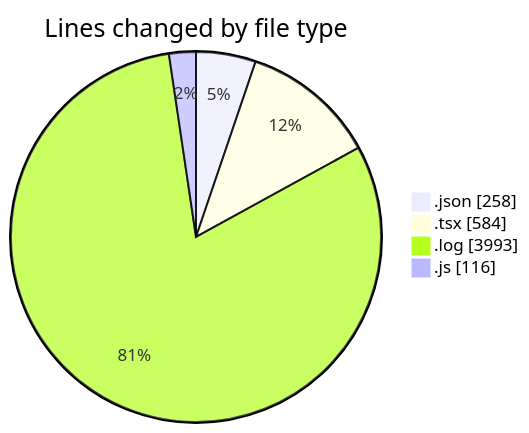
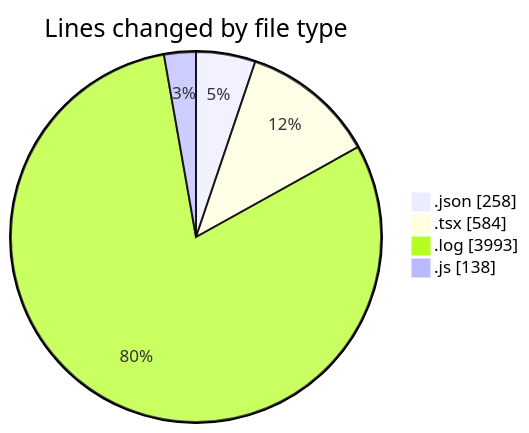
Before and after one commit to momahboobian/code-tracking: the first of 2 diagrams in 2026-03-24/cda/README.md, drawn with Mermaid. The commit also changed other lines of this file and 1 other file, not shown here.

````diff
--- a/2026-03-24/cda/README.md
+++ b/2026-03-24/cda/README.md
@@ -27,8 +27,8 @@
 ```mermaid
 pie showData
 title Lines changed by file type
 ".json" : 258
 ".tsx" : 584
 ".log" : 3993
-".js" : 116
+".js" : 138
 ```
````
